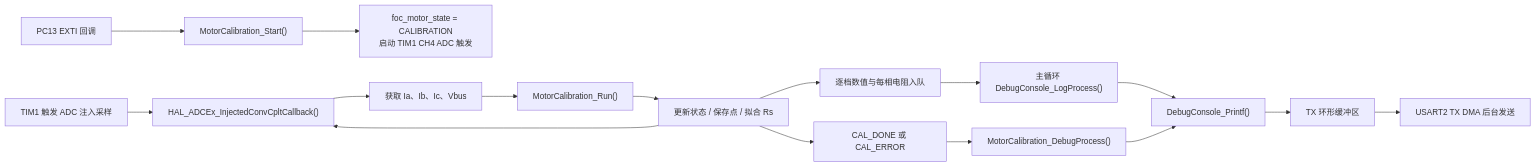
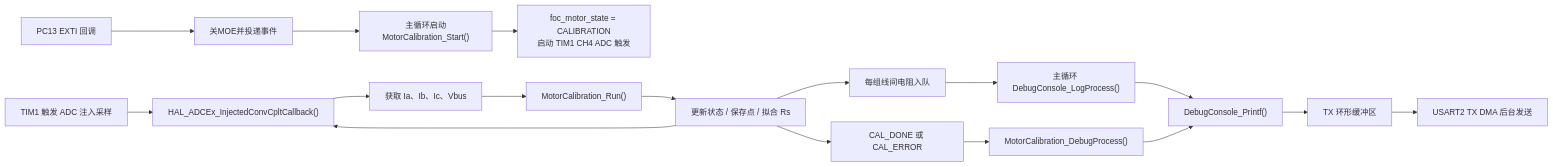
Before and after one commit to FlyFish0825/Observer_Motor: the second of 2 diagrams in docs/参数辨识.md, drawn with Mermaid. The commit also changed other lines of this file and 11 other files, not shown here.

````diff
--- a/docs/参数辨识.md
+++ b/docs/参数辨识.md
@@ -149,18 +150,19 @@
 ```mermaid
 flowchart LR
-    A["PC13 EXTI 回调"] --> B["MotorCalibration_Start()"]
+    A["PC13 EXTI 回调"] --> P["关MOE并投递事件"]
+    P --> B["主循环启动MotorCalibration_Start()"]
     B --> C["foc_motor_state = CALIBRATION<br/>启动 TIM1 CH4 ADC 触发"]
     D["TIM1 触发 ADC 注入采样"] --> E["HAL_ADCEx_InjectedConvCpltCallback()"]
     E --> F["获取 Ia、Ib、Ic、Vbus"]
     F --> G["MotorCalibration_Run()"]
     G --> H["更新状态 / 保存点 / 拟合 Rs"]
     H --> E
-    H --> I["逐档数值与每相电阻入队"]
+    H --> I["每组线间电阻入队"]
     I --> J["主循环 DebugConsole_LogProcess()"]
     H --> N["CAL_DONE 或 CAL_ERROR"]
     N --> O["MotorCalibration_DebugProcess()"]
     J --> K["DebugConsole_Printf()"]
     O --> K
     K --> L["TX 环形缓冲区"]
     L --> M["USART2 TX DMA 后台发送"]
 ```
````
